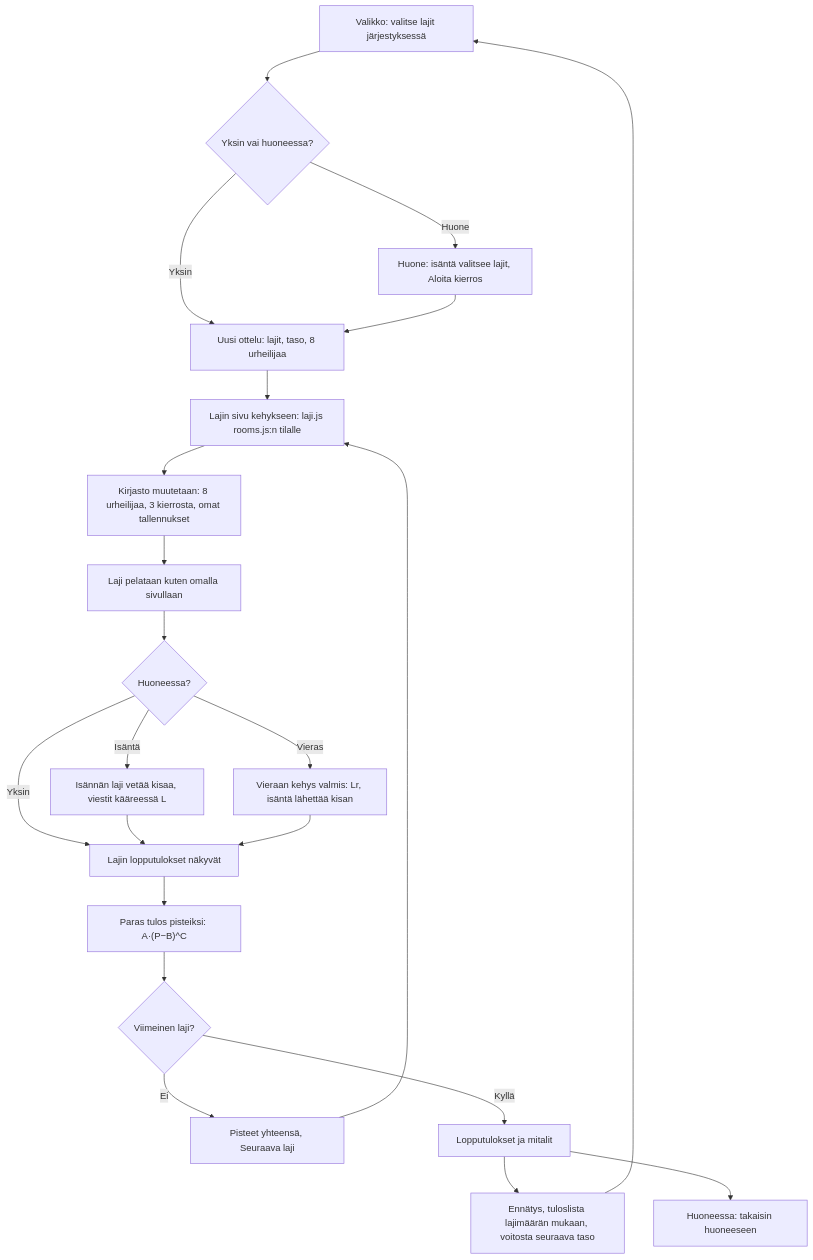
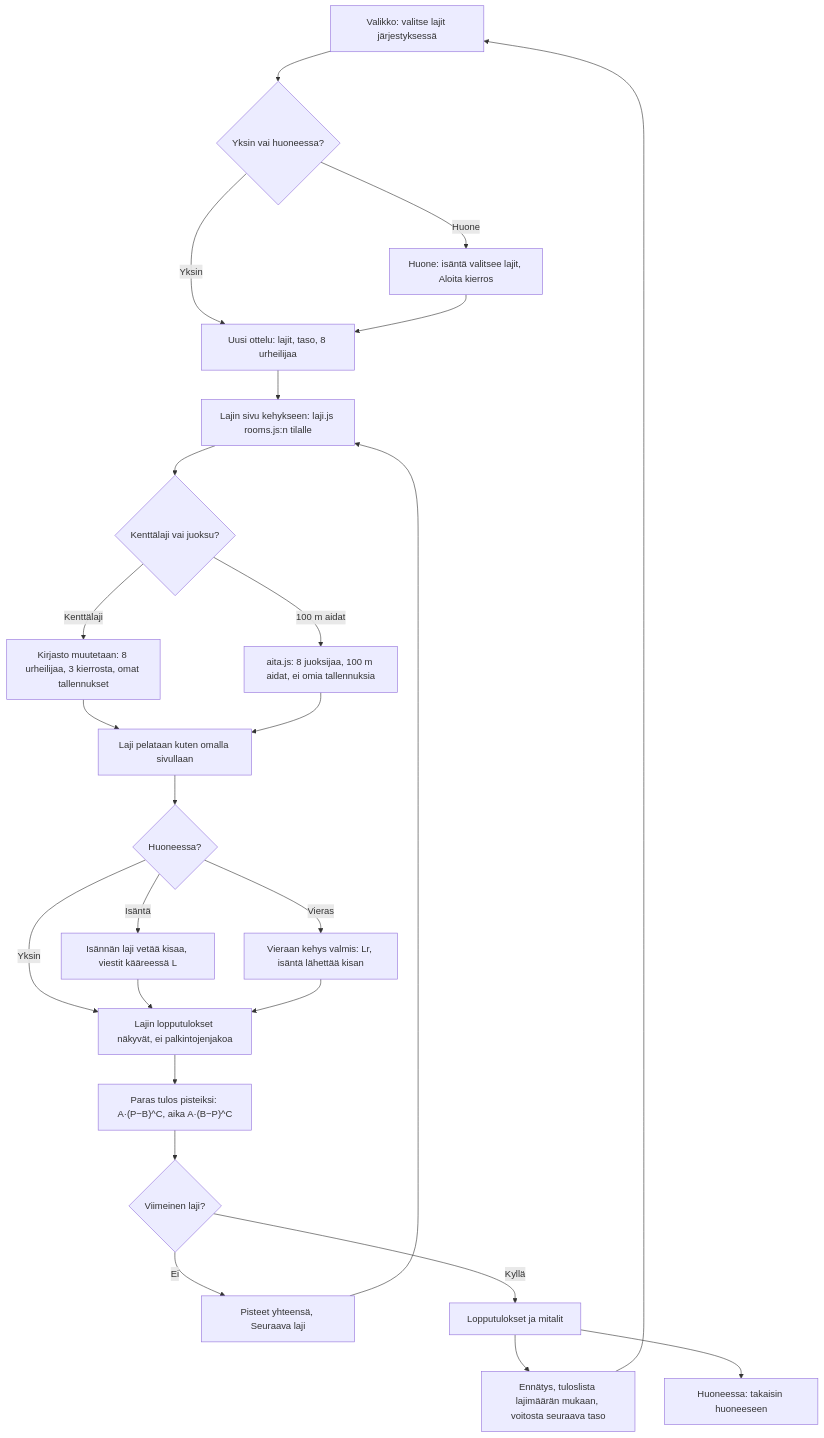
One commit to eerovil/ai-pelit changed the diagram in docs/diagrams/ottelu.md. Above: the diagram before and after it, drawn with Mermaid. The commit also changed other lines of this file and 10 other files, not shown here.

````diff
--- a/docs/diagrams/ottelu.md
+++ b/docs/diagrams/ottelu.md
@@ -9,29 +9,32 @@
 ```mermaid
 flowchart TD
   MENU[Valikko: valitse lajit järjestyksessä] --> Q{Yksin vai huoneessa?}
   Q -- Yksin --> NEW[Uusi ottelu: lajit, taso, 8 urheilijaa]
   Q -- Huone --> ROOM[Huone: isäntä valitsee lajit, Aloita kierros]
   ROOM --> NEW
   NEW --> LOAD[Lajin sivu kehykseen: laji.js rooms.js:n tilalle]
-  LOAD --> PATCH[Kirjasto muutetaan: 8 urheilijaa, 3 kierrosta, omat tallennukset]
+  LOAD --> KIND{Kenttälaji vai juoksu?}
+  KIND -- Kenttälaji --> PATCH[Kirjasto muutetaan: 8 urheilijaa, 3 kierrosta, omat tallennukset]
+  KIND -- 100 m aidat --> AITA[aita.js: 8 juoksijaa, 100 m aidat, ei omia tallennuksia]
   PATCH --> PLAY[Laji pelataan kuten omalla sivullaan]
+  AITA --> PLAY
   PLAY --> NET{Huoneessa?}
   NET -- Isäntä --> HOST[Isännän laji vetää kisaa, viestit kääreessä L]
   NET -- Vieras --> GUEST[Vieraan kehys valmis: Lr, isäntä lähettää kisan]
   NET -- Yksin --> RES
-  HOST --> RES[Lajin lopputulokset näkyvät]
+  HOST --> RES[Lajin lopputulokset näkyvät, ei palkintojenjakoa]
   GUEST --> RES
-  RES --> PTS["Paras tulos pisteiksi: A·(P−B)^C"]
+  RES --> PTS["Paras tulos pisteiksi: A·(P−B)^C, aika A·(B−P)^C"]
   PTS --> LAST{Viimeinen laji?}
   LAST -- Ei --> BOARD[Pisteet yhteensä, Seuraava laji]
   BOARD --> LOAD
   LAST -- Kyllä --> END[Lopputulokset ja mitalit]
   END --> SAVE[Ennätys, tuloslista lajimäärän mukaan, voitosta seuraava taso]
   SAVE --> MENU
   END --> BACK[Huoneessa: takaisin huoneeseen]
   class MENU,ROOM,BOARD,PLAY blue
   class HOST,GUEST violet
-  class Q,NET,LAST amber
-  class NEW,LOAD,PATCH,PTS teal
+  class Q,NET,LAST,KIND amber
+  class NEW,LOAD,PATCH,AITA,PTS teal
   class RES,END,SAVE,BACK green
 ```
````
